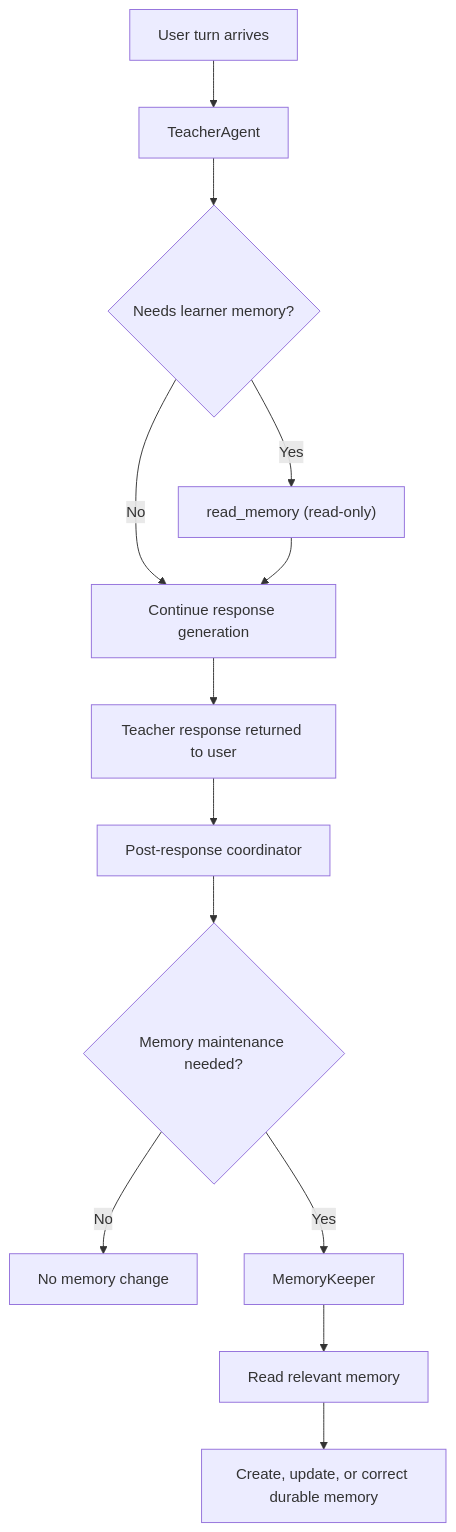
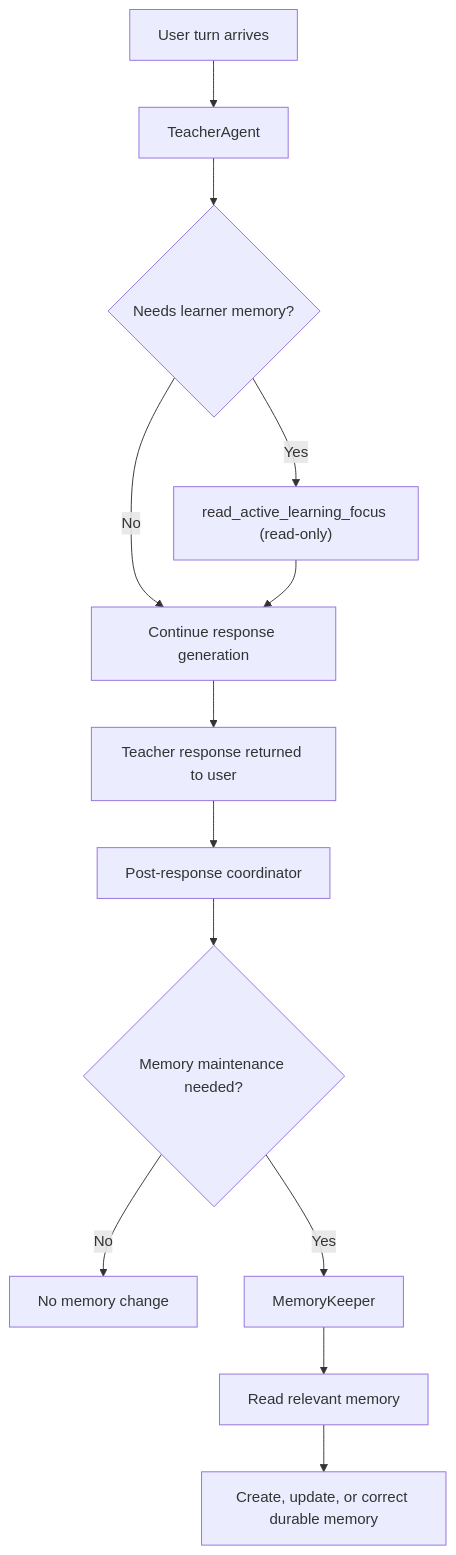
Before and after one commit to 40min/runestone: the second of 4 diagrams in docs/agent-swarm-architecture.md, drawn with Mermaid. The commit also changed other lines of this file and 17 other files, not shown here.

````diff
--- a/docs/agent-swarm-architecture.md
+++ b/docs/agent-swarm-architecture.md
@@ -198,15 +198,15 @@
 ```mermaid
 flowchart TD
     A["User turn arrives"] --> B["TeacherAgent"]
     B --> C{"Needs learner memory?"}
     C -- No --> D["Continue response generation"]
-    C -- Yes --> E["read_memory (read-only)"]
+    C -- Yes --> E["read_active_learning_focus (read-only)"]
     E --> D
     D --> F["Teacher response returned to user"]
     F --> G["Post-response coordinator"]
     G --> H{"Memory maintenance needed?"}
     H -- No --> I["No memory change"]
     H -- Yes --> J["MemoryKeeper"]
     J --> K["Read relevant memory"]
     K --> L["Create, update, or correct durable memory"]
 ```
````
